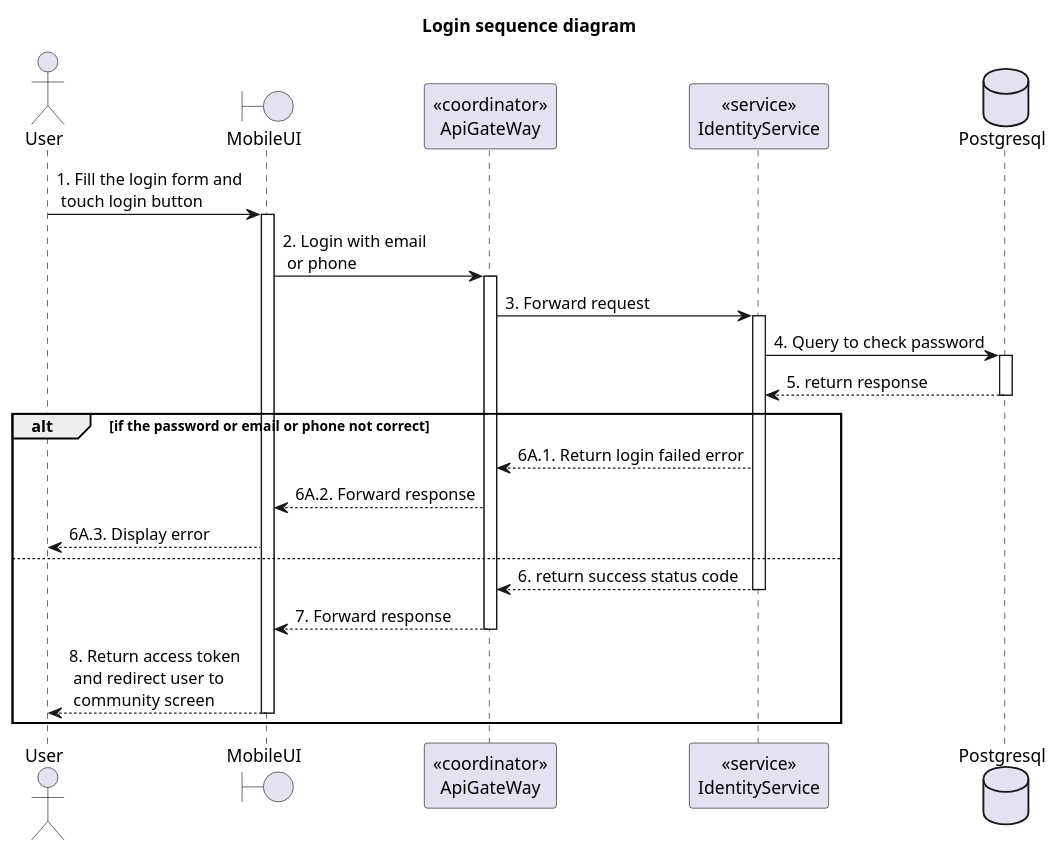
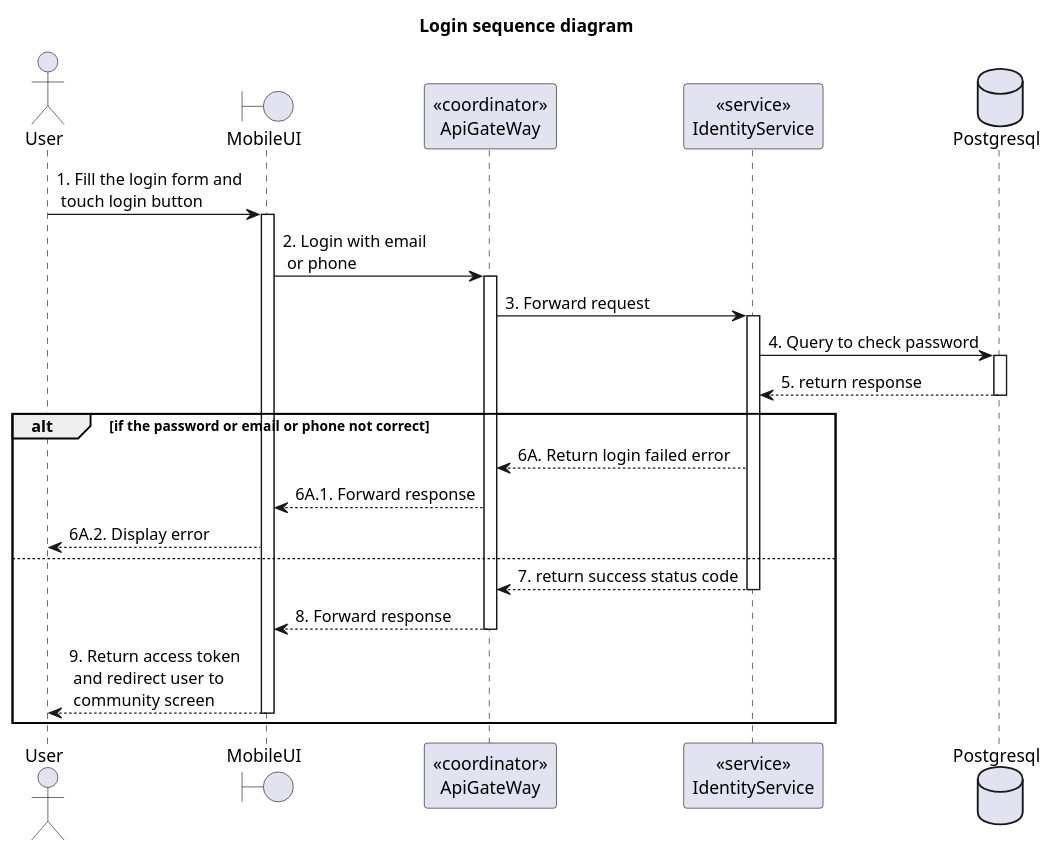
Before and after one commit to Carl-Johnsons/tastopia: the diagram in doc/SDS/Identity/User/Login/Sequence.plantuml, drawn with PlantUML. The commit also changed 21 other files, not shown here.

Commit message:
doc: fix sequence ordinal number

```diff
--- a/doc/SDS/Identity/User/Login/Sequence.plantuml
+++ b/doc/SDS/Identity/User/Login/Sequence.plantuml
@@ -1,26 +1,26 @@
 @startuml Sequence
 title "Login sequence diagram"
 
 actor User
 boundary MobileUI
 participant "<<coordinator>>\nApiGateWay" as ApiGateway
 participant "<<service>>\nIdentityService" as IdentityService
 database Postgresql
 
 User -> MobileUI++: 1. Fill the login form and \n touch login button
 MobileUI -> ApiGateway++: 2. Login with email\n or phone
 ApiGateway -> IdentityService++: 3. Forward request
 IdentityService -> Postgresql++: 4. Query to check password
 IdentityService <-- Postgresql--: 5. return response
 
 alt if the password or email or phone not correct
-    ApiGateway <-- IdentityService: 6A.1. Return login failed error
-    MobileUI <-- ApiGateway: 6A.2. Forward response
-    User <-- MobileUI: 6A.3. Display error
+    ApiGateway <-- IdentityService: 6A. Return login failed error
+    MobileUI <-- ApiGateway: 6A.1. Forward response
+    User <-- MobileUI: 6A.2. Display error
 else 
-    ApiGateway <-- IdentityService--: 6. return success status code
-    MobileUI <-- ApiGateway--: 7. Forward response
-    User <-- MobileUI--: 8. Return access token\n and redirect user to\n community screen
+    ApiGateway <-- IdentityService--: 7. return success status code
+    MobileUI <-- ApiGateway--: 8. Forward response
+    User <-- MobileUI--: 9. Return access token\n and redirect user to\n community screen
 end
 
 @enduml
```
